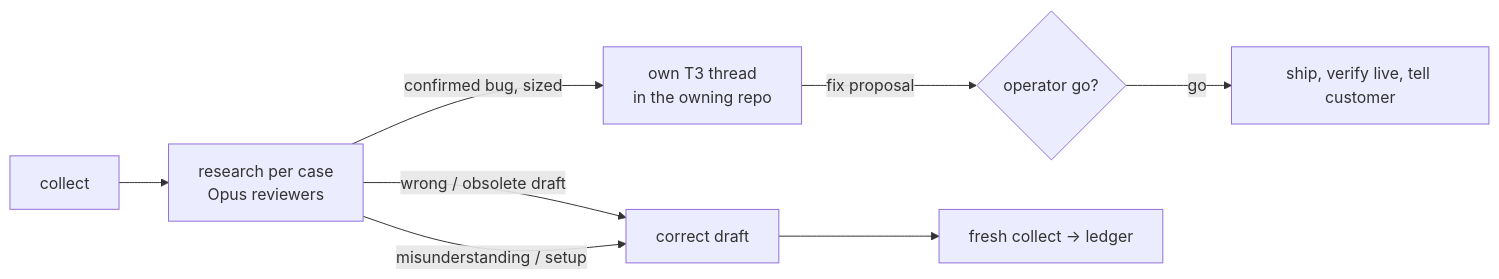
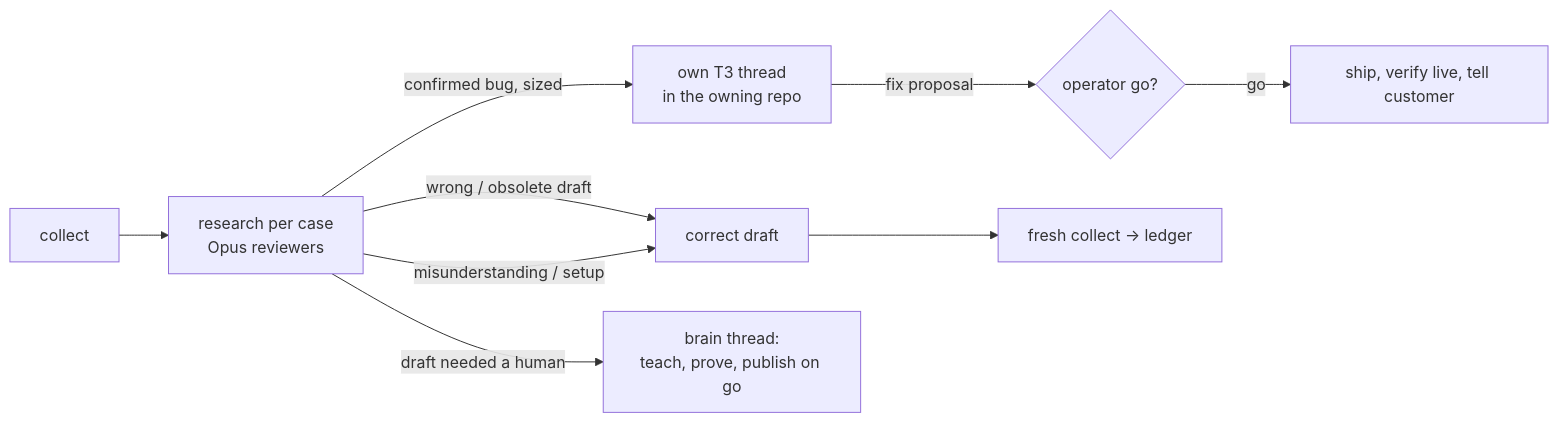
One commit to pjmuller/skills changed the diagram in skills/mailbox-review-core/SKILL.md. Above: the diagram before and after it, drawn with Mermaid. The commit also changed other lines of this file and 2 other files, not shown here.

Commit message:
mailbox-review-core: teach the brain so the next ReplyPen draft answers alone

````diff
--- a/skills/mailbox-review-core/SKILL.md
+++ b/skills/mailbox-review-core/SKILL.md
@@ -17,9 +17,10 @@
 ```mermaid
 flowchart LR
   C[collect] --> R[research per case<br/>Opus reviewers]
   R -->|wrong / obsolete draft| F[correct draft]
   R -->|misunderstanding / setup| F
   R -->|confirmed bug, sized| T[own T3 thread<br/>in the owning repo]
   T -->|fix proposal| G{operator go?} -->|go| S[ship, verify live, tell customer]
+  R -->|draft needed a human| B[brain thread:<br/>teach, prove, publish on go]
   F --> L[fresh collect → ledger]
 ```
````
